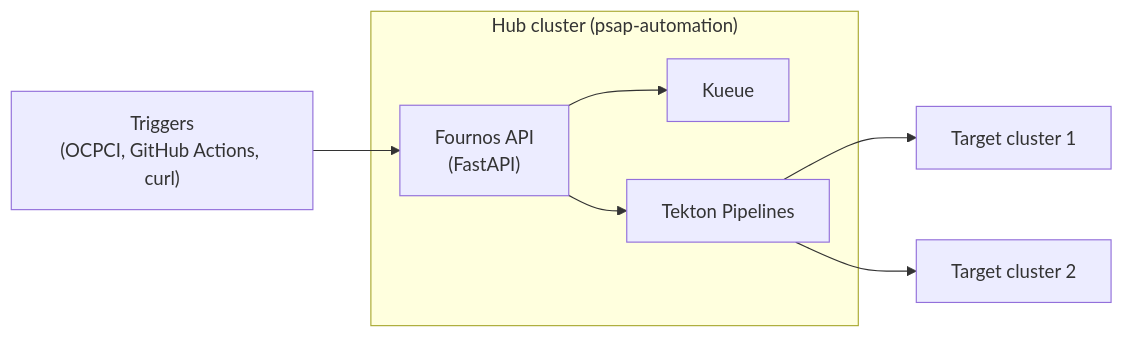
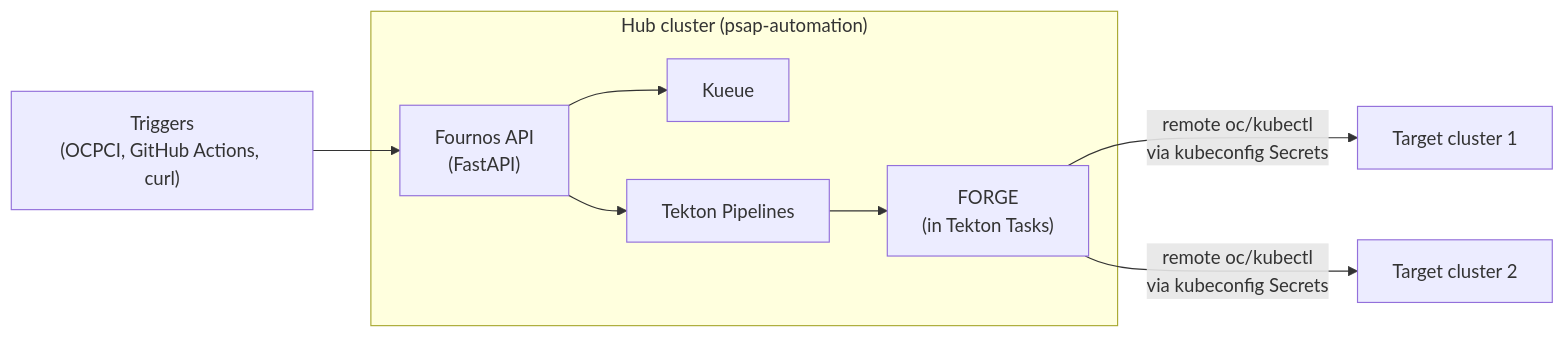
The first of 2 diagrams in .cursor/plans/fournos_design_document_87fc6306.plan.md (openshift-psap/fournos), drawn with Mermaid before and after one commit. The commit also changed other lines of this file, not shown here.

Commit message:
Clarify Forge integration in the design doc

````diff
--- a/.cursor/plans/fournos_design_document_87fc6306.plan.md
+++ b/.cursor/plans/fournos_design_document_87fc6306.plan.md
@@ -67,13 +67,15 @@
 ```mermaid
 flowchart LR
     Triggers["Triggers\n(OCPCI, GitHub Actions, curl)"] --> Fournos
     subgraph Hub["Hub cluster (psap-automation)"]
         Fournos["Fournos API\n(FastAPI)"]
         Kueue["Kueue"]
         Tekton["Tekton Pipelines"]
+        FORGE["FORGE\n(in Tekton Tasks)"]
         Fournos --> Kueue
         Fournos --> Tekton
+        Tekton --> FORGE
     end
-    Tekton --> Target1["Target cluster 1"]
-    Tekton --> Target2["Target cluster 2"]
+    FORGE -- "remote oc/kubectl\nvia kubeconfig Secrets" --> Target1["Target cluster 1"]
+    FORGE -- "remote oc/kubectl\nvia kubeconfig Secrets" --> Target2["Target cluster 2"]
 ```
````
